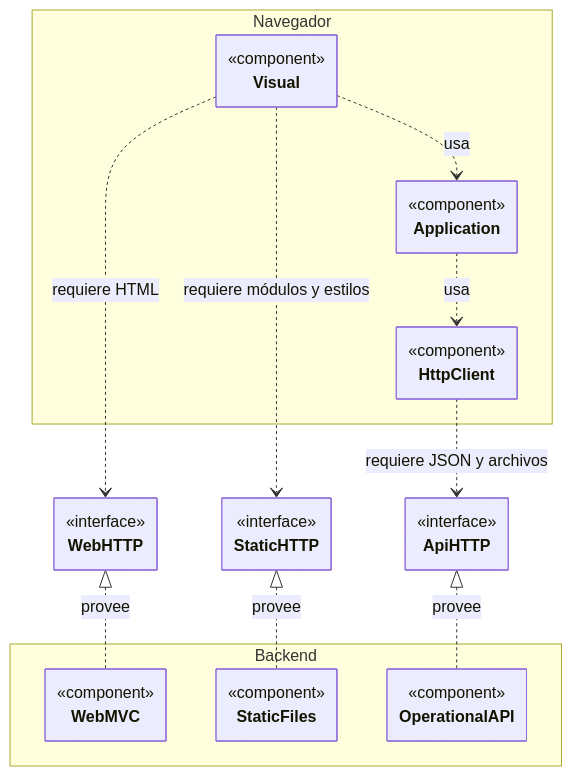
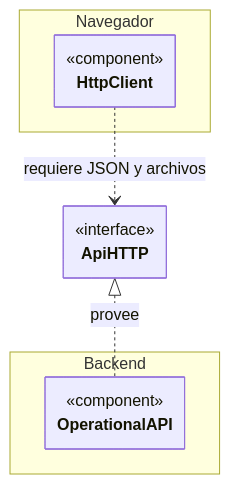
The first of 3 diagrams in back/docs/architecture/views/logical/01-components-and-reuse.md (gpgsistemas01/nexus), drawn with Mermaid before and after one commit. The commit also changed other lines of this file and 42 other files, not shown here.

Commit message:
docs: consolidate architecture and backend guides

````diff
--- a/back/docs/architecture/views/logical/01-components-and-reuse.md
+++ b/back/docs/architecture/views/logical/01-components-and-reuse.md
@@ -13,31 +13,19 @@
 ```mermaid
 ---
 config:
   class:
     hideEmptyMembersBox: true
 ---
 classDiagram
     direction TB
     namespace Navegador {
-        class Visual { <<component>> }
-        class Application { <<component>> }
         class HttpClient { <<component>> }
     }
     namespace Backend {
-        class WebMVC { <<component>> }
-        class StaticFiles { <<component>> }
         class OperationalAPI { <<component>> }
     }
-    class WebHTTP { <<interface>> }
-    class StaticHTTP { <<interface>> }
     class ApiHTTP { <<interface>> }
 
-    Visual ..> Application : usa
-    Application ..> HttpClient : usa
-    Visual ..> WebHTTP : requiere HTML
-    WebHTTP <|.. WebMVC : provee
-    Visual ..> StaticHTTP : requiere módulos y estilos
-    StaticHTTP <|.. StaticFiles : provee
     HttpClient ..> ApiHTTP : requiere JSON y archivos
     ApiHTTP <|.. OperationalAPI : provee
 ```
````
